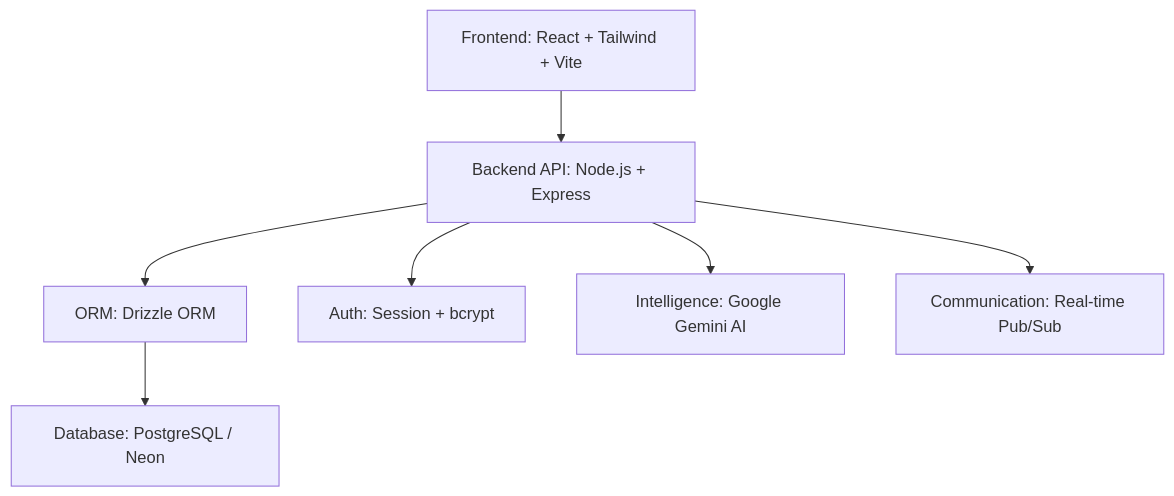
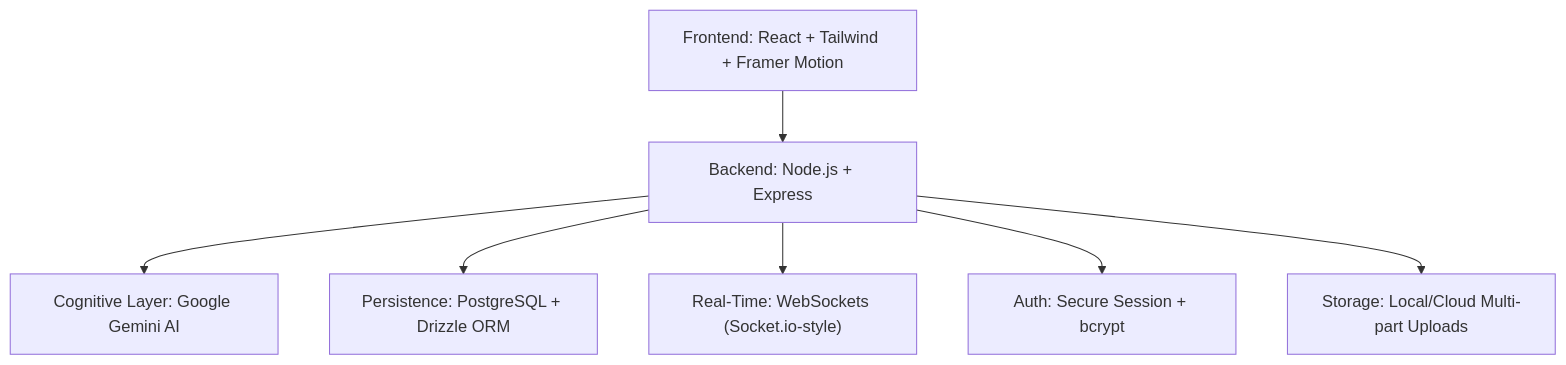
Before and after one commit to Nahusenay-S/Study-planner: the diagram in README.md, drawn with Mermaid. The commit also changed other lines of this file, not shown here.

````diff
--- a/README.md
+++ b/README.md
@@ -13,9 +13,9 @@
 ```mermaid
 graph TD
-    A["Frontend: React + Tailwind + Vite"] --> B["Backend API: Node.js + Express"]
-    B --> C["ORM: Drizzle ORM"]
-    C --> D["Database: PostgreSQL / Neon"]
-    B --> E["Auth: Session + bcrypt"]
-    B --> F["Intelligence: Google Gemini AI"]
-    B --> G["Communication: Real-time Pub/Sub"]
+    A["Frontend: React + Tailwind + Framer Motion"] --> B["Backend: Node.js + Express"]
+    B --> C["Cognitive Layer: Google Gemini AI"]
+    B --> D["Persistence: PostgreSQL + Drizzle ORM"]
+    B --> E["Real-Time: WebSockets (Socket.io-style)"]
+    B --> F["Auth: Secure Session + bcrypt"]
+    B --> G["Storage: Local/Cloud Multi-part Uploads"]
 ```
````
